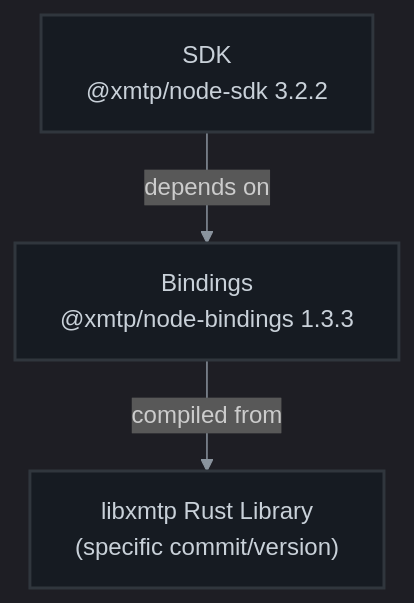
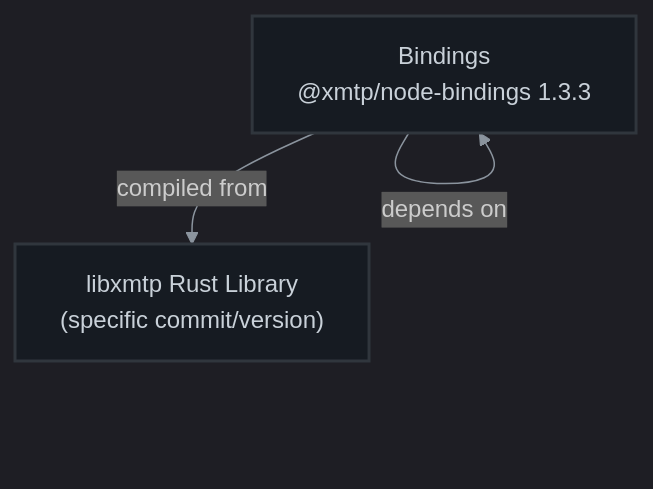
The diagram in version-management/README.md (xmtp/xmtp-qa-tools), drawn with Mermaid before and after one commit. The commit also changed other lines of this file and 15 other files, not shown here.

Commit message:
Refactor SDK references to use nodeBindings consistently

````diff
--- a/version-management/README.md
+++ b/version-management/README.md
@@ -7,13 +7,13 @@
 ```mermaid
 %%{init: {'theme': 'dark', 'themeVariables': { 'primaryColor': '#0D1117', 'primaryTextColor': '#c9d1d9', 'primaryBorderColor': '#30363d', 'lineColor': '#8b949e', 'secondaryColor': '#161b22', 'tertiaryColor': '#161b22' }}}%%
 
 flowchart TD
-  nodeSDK["SDK<br/>@xmtp/node-sdk 3.2.2"]
+  nodeBindings["SDK<br/>@xmtp/node-sdk 3.2.2"]
   nodeBindings["Bindings<br/>@xmtp/node-bindings 1.3.3"]
   libxmtp["libxmtp Rust Library<br/>(specific commit/version)"]
 
-  nodeSDK --> |depends on| nodeBindings
+  nodeBindings --> |depends on| nodeBindings
   nodeBindings --> |compiled from| libxmtp
 
   classDef default fill:#161b22,stroke:#30363d,stroke-width:2px,color:#c9d1d9;
 ```
````
